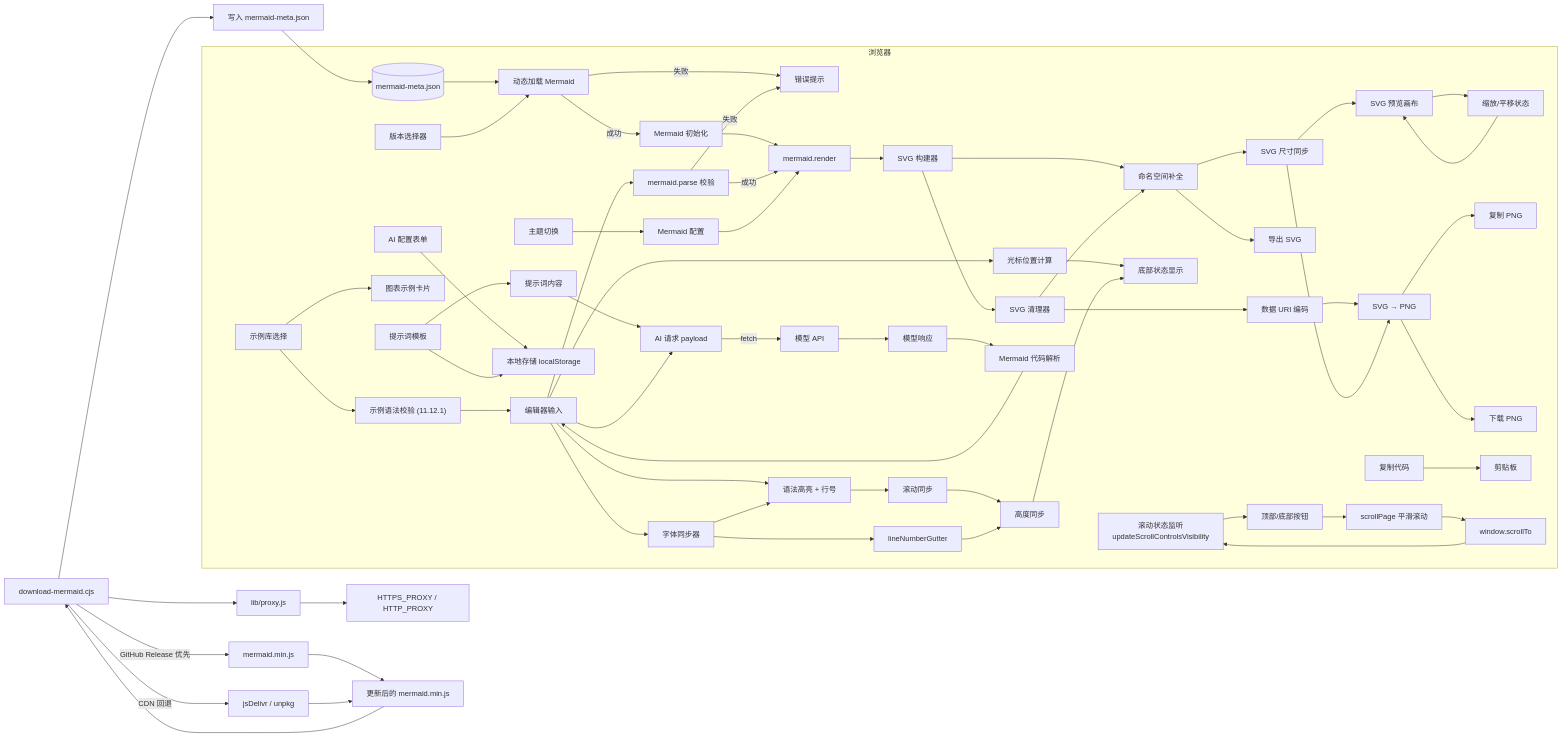
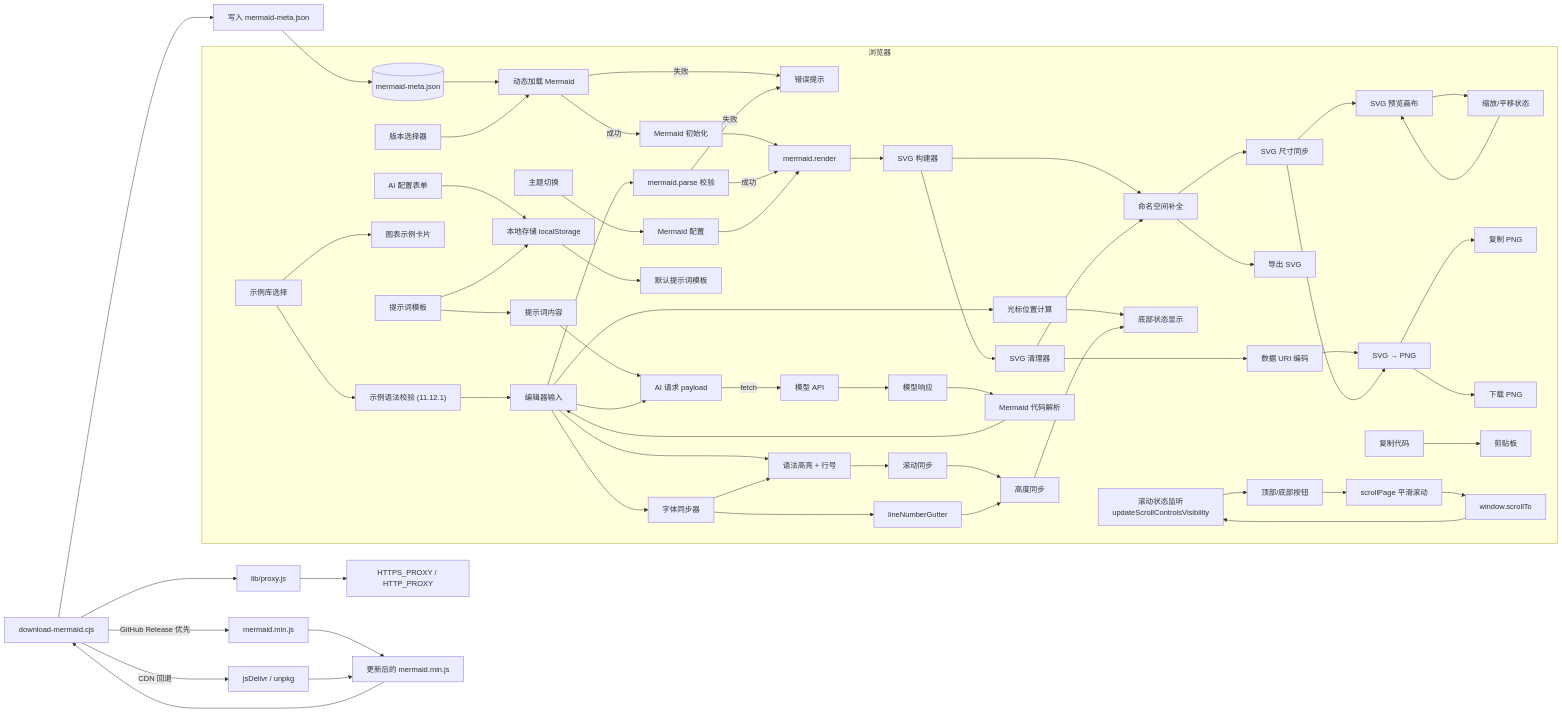
The second of 4 diagrams in README.md (ToruKiyono/LocalMermaid), drawn with Mermaid before and after one commit. The commit also changed other lines of this file and 1 other file, not shown here.

````diff
--- a/README.md
+++ b/README.md
@@ -184,65 +185,66 @@
 ```mermaid
 flowchart LR
   subgraph 浏览器
     VersionManifest[(mermaid-meta.json)] --> LoaderState[动态加载 Mermaid]
     VersionSelect[版本选择器] --> LoaderState
     LoaderState -->|成功| MermaidReady[Mermaid 初始化]
     LoaderState -->|失败| ErrorBox[错误提示]
     MermaidReady --> Render[mermaid.render]
     EditorInput[编辑器输入] --> Highlight[语法高亮 + 行号]
     EditorInput --> TypographySyncDF[字体同步器]
     TypographySyncDF --> Highlight
     TypographySyncDF --> LineNumbers[lineNumberGutter]
     Highlight --> EditorScroll[滚动同步]
     EditorScroll --> OverlaySizer[高度同步]
     LineNumbers --> OverlaySizer
     EditorInput --> Validate[mermaid.parse 校验]
     Validate -->|成功| Render
     Validate -->|失败| ErrorBox
     Render --> SvgBuilderDF[SVG 构建器]
     SvgBuilderDF --> NamespaceGuardDF[命名空间补全]
     NamespaceGuardDF --> PreviewSizerDF[SVG 尺寸同步]
     PreviewSizerDF --> Preview[SVG 预览画布]
     Preview --> PanZoom[缩放/平移状态]
     PanZoom --> Preview
     NamespaceGuardDF --> SvgExport[导出 SVG]
     SvgBuilderDF --> CanvasSanitizerDF[SVG 清理器]
     CanvasSanitizerDF --> NamespaceGuardDF
     CanvasSanitizerDF --> DataUriEncoderDF[数据 URI 编码]
     DataUriEncoderDF --> PngPipeline[SVG → PNG]
     PreviewSizerDF --> PngPipeline
     Examples[示例库选择] --> ExampleValidator["示例语法校验 (11.12.1)"]
     ExampleValidator --> EditorInput
     Examples --> GalleryBoard[图表示例卡片]
     EditorInput --> CursorTracker[光标位置计算]
     CursorTracker --> FooterStats[底部状态显示]
     OverlaySizer --> FooterStats
     ThemeToggle[主题切换] --> MermaidConfig[Mermaid 配置]
     MermaidConfig --> Render
     PngPipeline --> ClipboardPNG[复制 PNG]
     PngPipeline --> PngDownload[下载 PNG]
     CopyButton[复制代码] --> ClipboardText[剪贴板]
     LayoutMonitor[滚动状态监听<br/>updateScrollControlsVisibility] --> ScrollControlsUI[顶部/底部按钮]
     ScrollControlsUI --> SmoothScrollDF[scrollPage 平滑滚动]
     SmoothScrollDF --> WindowScroll[window.scrollTo]
     WindowScroll --> LayoutMonitor
     AiForm[AI 配置表单] --> AiSettingsStore[本地存储 localStorage]
     AiTemplates[提示词模板] --> AiSettingsStore
+    AiSettingsStore --> DefaultPromptDF[默认提示词模板]
     AiTemplates --> PromptBody[提示词内容]
     PromptBody --> AiRequest[AI 请求 payload]
     EditorInput --> AiRequest
     AiRequest -->|fetch| LlmApi[模型 API]
     LlmApi --> AiResponse[模型响应]
     AiResponse --> AiParser[Mermaid 代码解析]
     AiParser --> EditorInput
   end
   Downloader[download-mermaid.cjs] -->|GitHub Release 优先| Github[mermaid.min.js]
   Downloader -->|CDN 回退| CDN[jsDelivr / unpkg]
   Downloader --> ProxyHelper[lib/proxy.js]
   ProxyHelper --> ProxyEnv[HTTPS_PROXY / HTTP_PROXY]
   Github --> MermaidBundle[更新后的 mermaid.min.js]
   CDN --> MermaidBundle
   MermaidBundle --> Downloader
   Downloader --> ManifestUpdate[写入 mermaid-meta.json]
   ManifestUpdate --> VersionManifest
 ```
````
